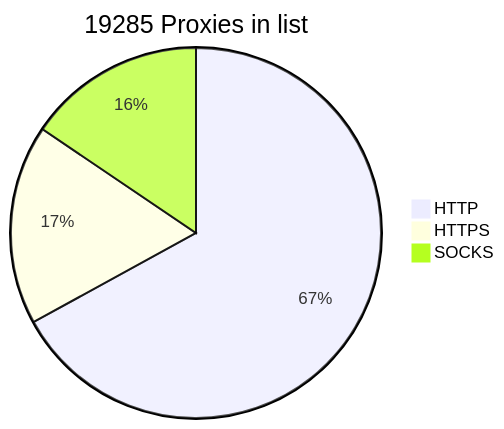
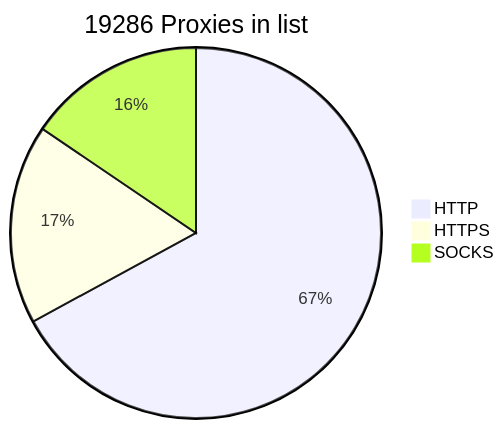
One commit to BlackSnowDot/proxylist-update-every-minute changed the diagram in README.md. Above: the diagram before and after it, drawn with Mermaid. The commit also changed other lines of this file, not shown here.

````diff
--- a/README.md
+++ b/README.md
@@ -2,6 +2,6 @@
 ```mermaid
-pie title 19285 Proxies in list
-    "HTTP" : 14256
-    "HTTPS": 3710
+pie title 19286 Proxies in list
+    "HTTP" : 14288
+    "HTTPS": 3708
     "SOCKS" : 3304
 ```
````
